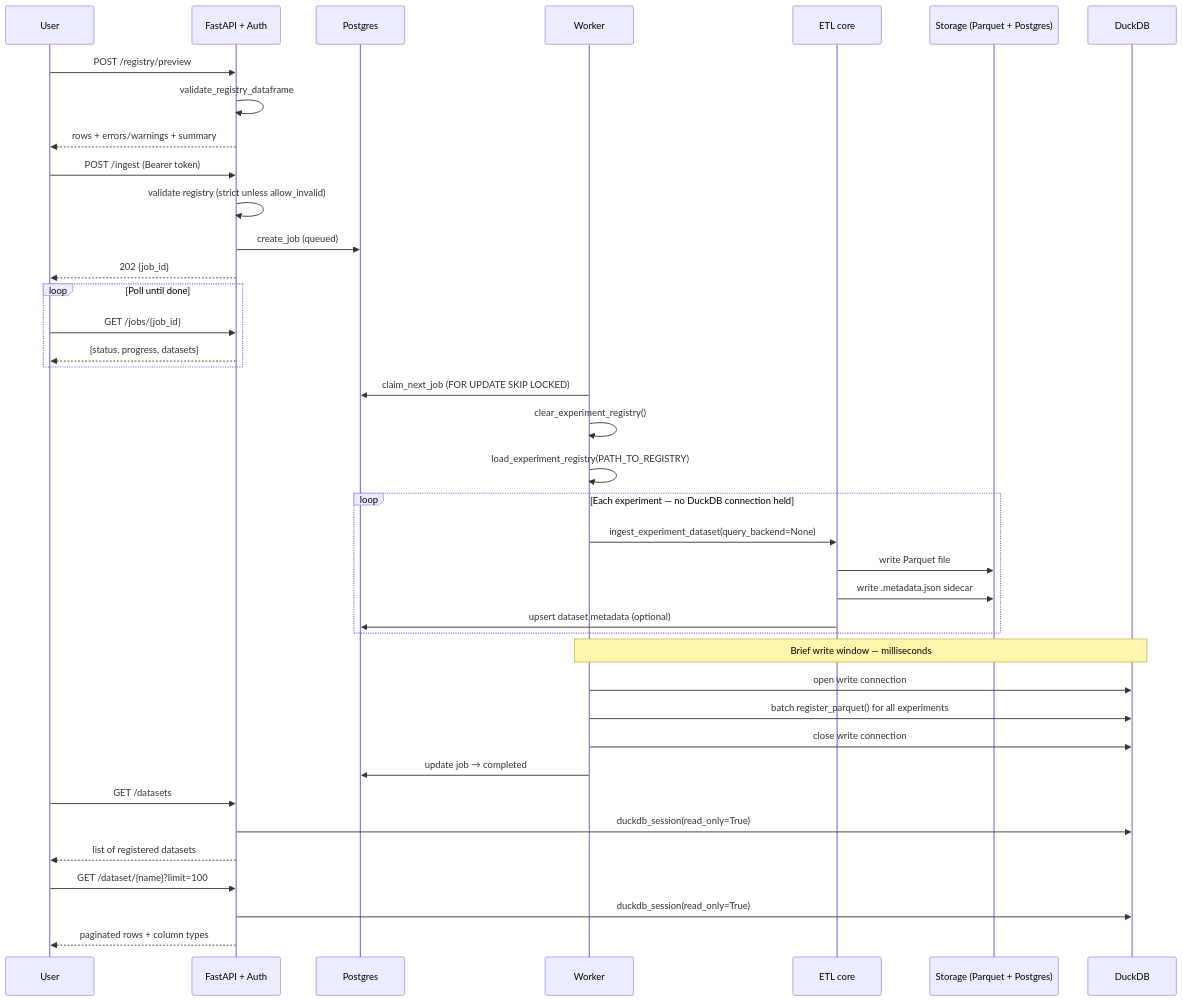
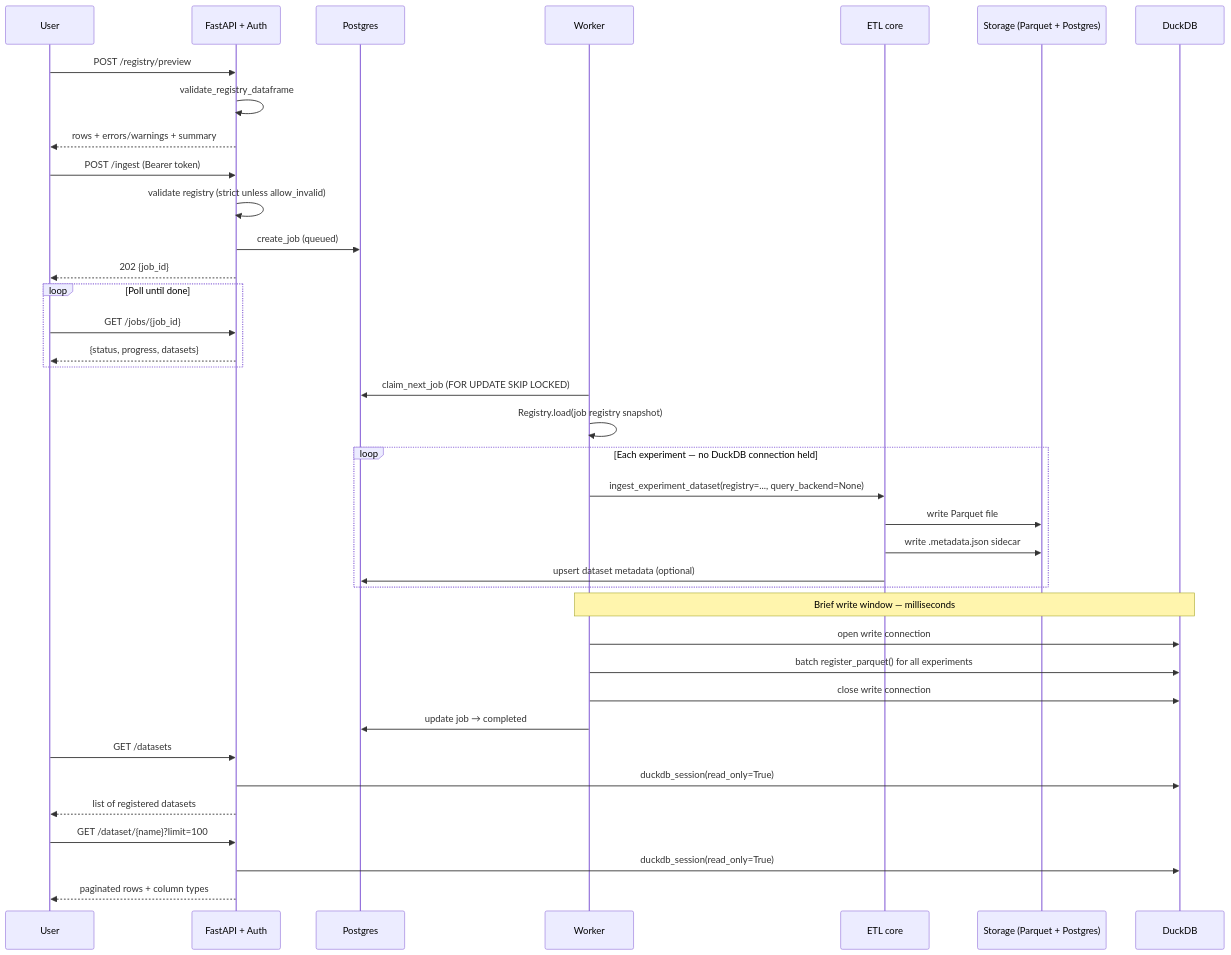
The third of 8 diagrams in docs/reference/architecture.md (lucaAyt/mfethuls), drawn with Mermaid before and after one commit. The commit also changed other lines of this file and 21 other files, not shown here.

Commit message:
feature: Registry object replaces the global experiment registry

````diff
--- a/docs/reference/architecture.md
+++ b/docs/reference/architecture.md
@@ -103,50 +103,49 @@
 ```mermaid
 sequenceDiagram
   participant User
   participant API as FastAPI + Auth
   participant PG as Postgres
   participant Worker
   participant ETL as ETL core
   participant Store as Storage (Parquet + Postgres)
   participant DDB as DuckDB
 
   User->>API: POST /registry/preview
   API->>API: validate_registry_dataframe
   API-->>User: rows + errors/warnings + summary
 
   User->>API: POST /ingest (Bearer token)
   API->>API: validate registry (strict unless allow_invalid)
   API->>PG: create_job (queued)
   API-->>User: 202 {job_id}
 
   loop Poll until done
     User->>API: GET /jobs/{job_id}
     API-->>User: {status, progress, datasets}
   end
 
   Worker->>PG: claim_next_job (FOR UPDATE SKIP LOCKED)
-  Worker->>Worker: clear_experiment_registry()
-  Worker->>Worker: load_experiment_registry(PATH_TO_REGISTRY)
+  Worker->>Worker: Registry.load(job registry snapshot)
 
   loop Each experiment — no DuckDB connection held
-    Worker->>ETL: ingest_experiment_dataset(query_backend=None)
+    Worker->>ETL: ingest_experiment_dataset(registry=..., query_backend=None)
     ETL->>Store: write Parquet file
     ETL->>Store: write .metadata.json sidecar
     ETL->>PG: upsert dataset metadata (optional)
   end
 
   Note over Worker,DDB: Brief write window — milliseconds
   Worker->>DDB: open write connection
   Worker->>DDB: batch register_parquet() for all experiments
   Worker->>DDB: close write connection
 
   Worker->>PG: update job → completed
 
   User->>API: GET /datasets
   API->>DDB: duckdb_session(read_only=True)
   API-->>User: list of registered datasets
 
   User->>API: GET /dataset/{name}?limit=100
   API->>DDB: duckdb_session(read_only=True)
   API-->>User: paginated rows + column types
 ```
````
